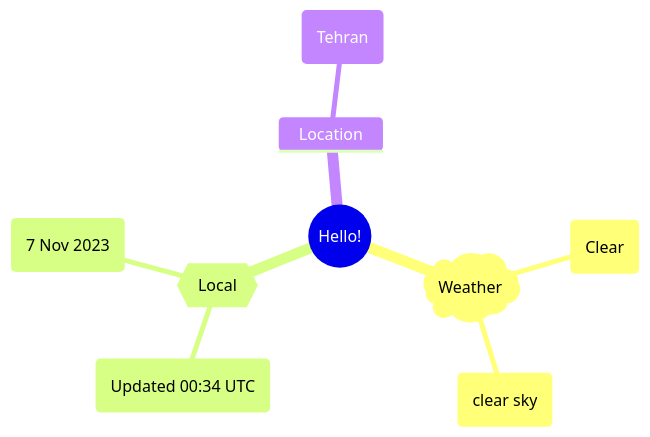
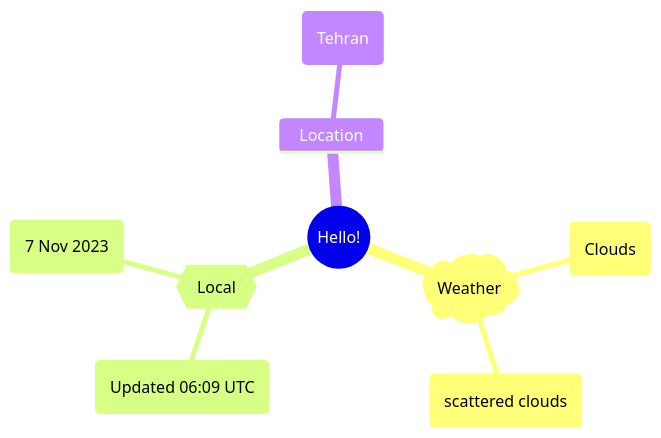
One commit to Xosrov/Xosrov changed the first of 2 diagrams in README.md. Above: the diagram before and after it, drawn with Mermaid.

Commit message:
[bot] updated images

````diff
--- a/README.md
+++ b/README.md
@@ -3,12 +3,12 @@
 ```mermaid
 mindmap
   root((Hello!))
     )Weather(
-        (Clear)
-        (clear sky)
+        (Clouds)
+        (scattered clouds)
     {{Local}}
-        (Updated 00:34 UTC)
+        (Updated 06:09 UTC)
         (7 Nov 2023)
     Location
         (Tehran)
 ```
````
